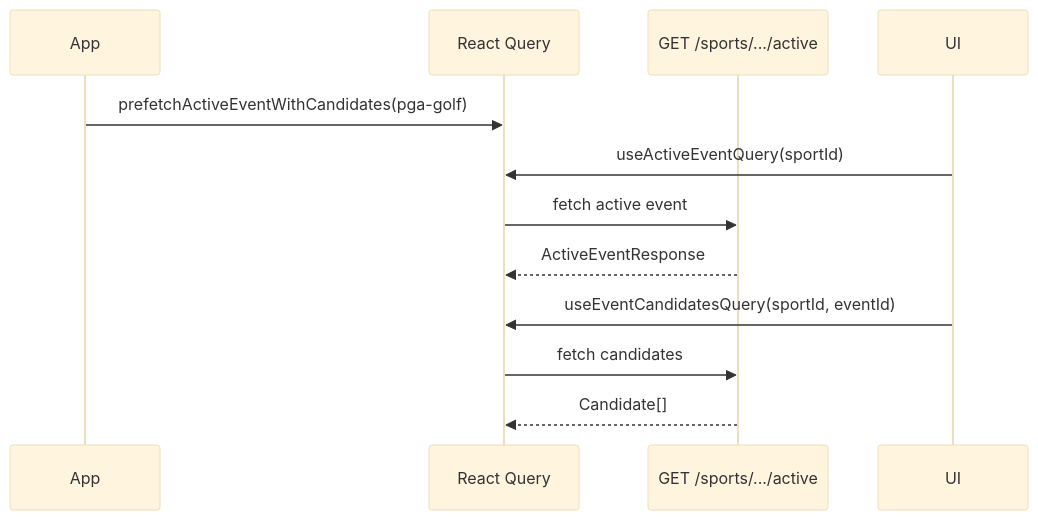
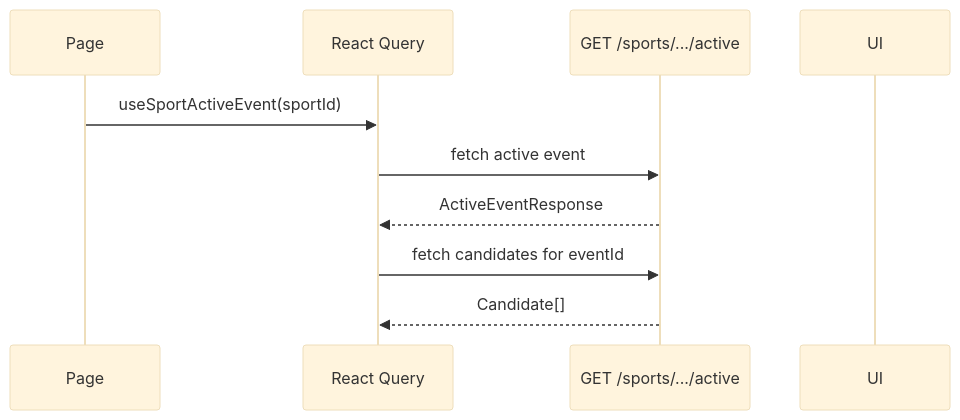
The first of 4 diagrams in spec/client/data-flow.md (MagRelo/cut), drawn with Mermaid (base theme) before and after one commit. The commit also changed other lines of this file and 36 other files, not shown here.

First line of the commit message:
Refactor sport context handling and enhance event management

````diff
--- a/spec/client/data-flow.md
+++ b/spec/client/data-flow.md
@@ -34,15 +41,13 @@
 ```mermaid
 sequenceDiagram
-  participant App
+  participant Page
   participant RQ as React Query
   participant API as GET /sports/.../active
   participant UI
 
-  App->>RQ: prefetchActiveEventWithCandidates(pga-golf)
-  UI->>RQ: useActiveEventQuery(sportId)
+  Page->>RQ: useSportActiveEvent(sportId)
   RQ->>API: fetch active event
   API-->>RQ: ActiveEventResponse
-  UI->>RQ: useEventCandidatesQuery(sportId, eventId)
-  RQ->>API: fetch candidates
+  RQ->>API: fetch candidates for eventId
   API-->>RQ: Candidate[]
 ```
````
